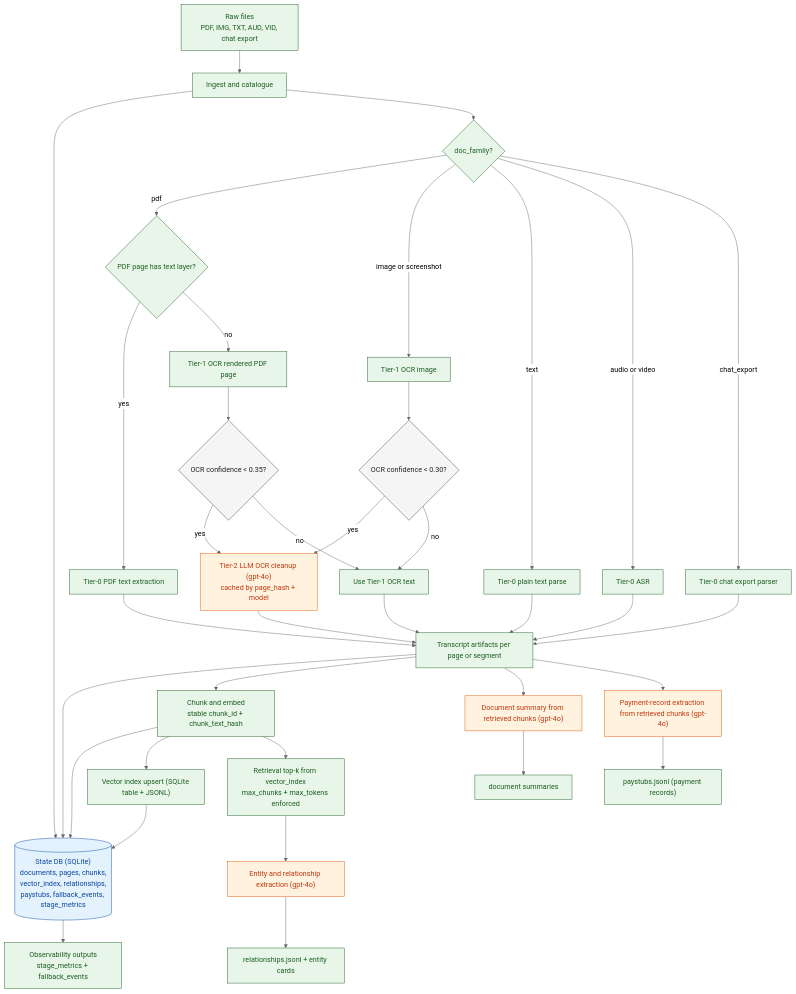
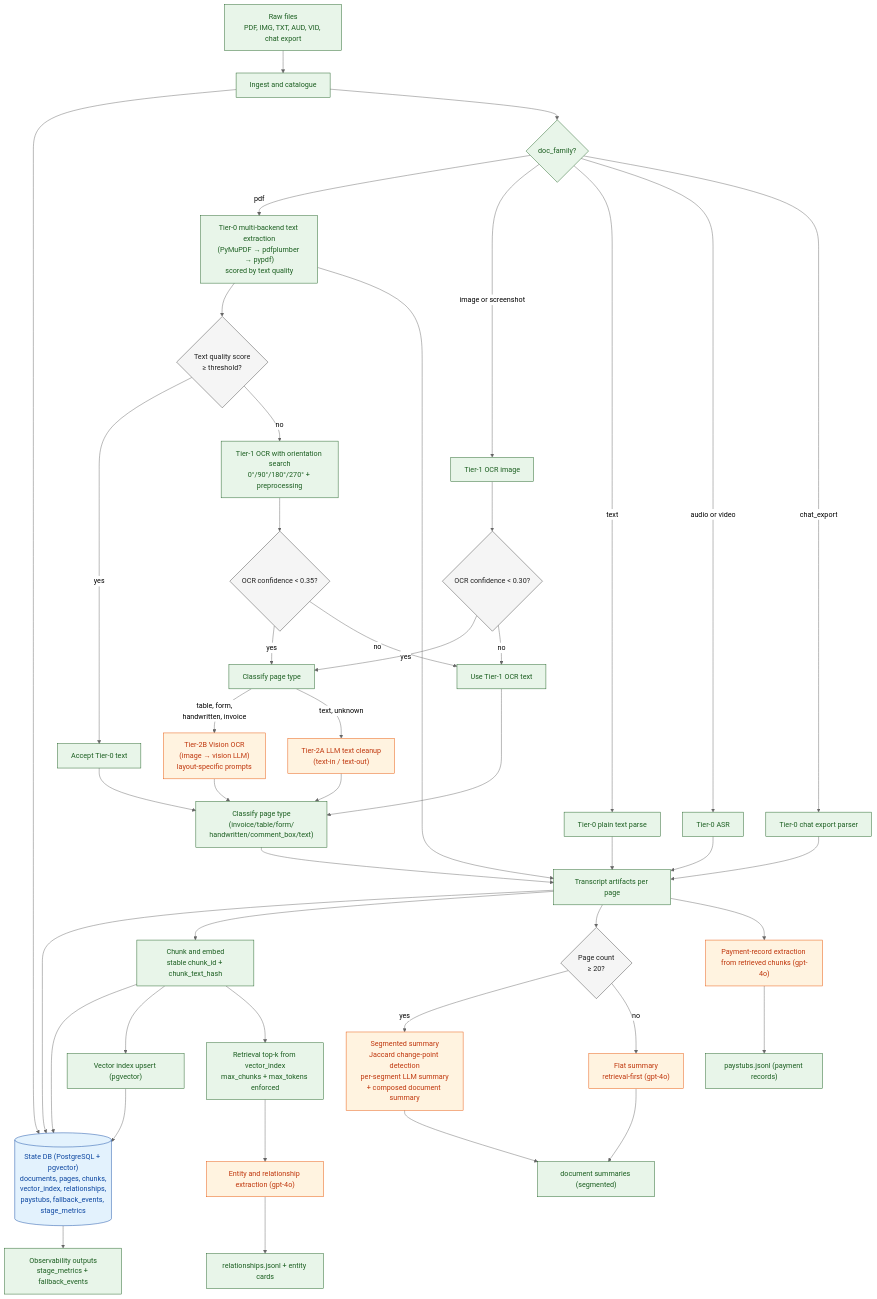
One commit to qu-genesis/agentic-parse changed the first of 2 diagrams in README.md. Above: the diagram before and after it, drawn with Mermaid (neutral theme). The commit also changed other lines of this file and 22 other files, not shown here.

````diff
--- a/README.md
+++ b/README.md
@@ -23,56 +27,70 @@
 ```mermaid
 flowchart TD
     A["Raw files<br/>PDF, IMG, TXT, AUD, VID, chat export"] --> B["Ingest and catalogue"]
-    B --> C[("State DB (SQLite)<br/>documents, pages, chunks,<br/>vector_index, relationships,<br/>paystubs, fallback_events, stage_metrics")]
+    B --> C[("State DB (PostgreSQL + pgvector)<br/>documents, pages, chunks,<br/>vector_index, relationships,<br/>paystubs, fallback_events, stage_metrics")]
 
     B --> D{"doc_family?"}
-    D -->|pdf| P0{"PDF page has text layer?"}
+    D -->|pdf| P0["Tier-0 multi-backend text extraction<br/>(PyMuPDF → pdfplumber → pypdf)<br/>scored by text quality"]
     D -->|image or screenshot| I0["Tier-1 OCR image"]
     D -->|text| T0["Tier-0 plain text parse"]
     D -->|audio or video| AV0["Tier-0 ASR"]
     D -->|chat_export| CH0["Tier-0 chat export parser"]
 
-    P0 -->|yes| P1["Tier-0 PDF text extraction"]
-    P0 -->|no| P2["Tier-1 OCR rendered PDF page"]
+    P0 --> PQ{"Text quality score<br/>≥ threshold?"}
+    PQ -->|yes| PT["Accept Tier-0 text"]
+    PQ -->|no| P2["Tier-1 OCR with orientation search<br/>0°/90°/180°/270° + preprocessing"]
 
     P2 --> P3{"OCR confidence < 0.35?"}
     I0 --> I1{"OCR confidence < 0.30?"}
-    P3 -->|yes| L1["Tier-2 LLM OCR cleanup (gpt-4o)<br/>cached by page_hash + model"]
-    I1 -->|yes| L1
+
+    P3 -->|yes| PC["Classify page type"]
+    I1 -->|yes| PC
+
+    PC -->|table, form,<br/>handwritten, invoice| L2["Tier-2B Vision OCR<br/>(image → vision LLM)<br/>layout-specific prompts"]
+    PC -->|text, unknown| L1["Tier-2A LLM text cleanup<br/>(text-in / text-out)"]
+
     P3 -->|no| X0["Use Tier-1 OCR text"]
     I1 -->|no| X0
 
-    P1 --> E["Transcript artifacts per page or segment"]
+    PT --> CL["Classify page type<br/>(invoice/table/form/<br/>handwritten/comment_box/text)"]
+    X0 --> CL
+    L1 --> CL
+    L2 --> CL
+
+    P0 --> E["Transcript artifacts per page"]
     T0 --> E
     AV0 --> E
     CH0 --> E
-    X0 --> E
-    L1 --> E
+    CL --> E
 
     E --> C
     E --> F["Chunk and embed<br/>stable chunk_id + chunk_text_hash"]
     F --> C
-    F --> V["Vector index upsert (SQLite table + JSONL)"]
+    F --> V["Vector index upsert (pgvector)"]
     V --> C
 
-    E --> S["Document summary from retrieved chunks (gpt-4o)"]
+    E --> SZ{"Page count<br/>≥ 20?"}
+    SZ -->|yes| SS["Segmented summary<br/>Jaccard change-point detection<br/>per-segment LLM summary<br/>+ composed document summary"]
+    SZ -->|no| SF["Flat summary<br/>retrieval-first (gpt-4o)"]
+
     F --> R["Retrieval top-k from vector_index<br/>max_chunks + max_tokens enforced"]
     R --> EN["Entity and relationship extraction (gpt-4o)"]
     E --> PAY["Payment-record extraction from retrieved chunks (gpt-4o)"]
 
     EN --> O1["relationships.jsonl + entity cards"]
     PAY --> O2["paystubs.jsonl (payment records)"]
-    S --> O3["document summaries"]
+    SS --> O3["document summaries (segmented)"]
+    SF --> O3
 
     C --> M["Observability outputs<br/>stage_metrics + fallback_events"]
 
     classDef det fill:#E8F5E9,stroke:#1B5E20,color:#1B5E20,stroke-width:1px;
     classDef llm fill:#FFF3E0,stroke:#E65100,color:#BF360C,stroke-width:1px;
     classDef state fill:#E3F2FD,stroke:#0D47A1,color:#0D47A1,stroke-width:1px;
     classDef decision fill:#F5F5F5,stroke:#424242,color:#212121,stroke-width:1px;
 
-    class A,B,D,P0,P1,P2,I0,T0,AV0,CH0,X0,E,F,V,R,O1,O2,O3,M det;
-    class L1,EN,S,PAY llm;
+    class A,B,D,P0,PT,P2,I0,T0,AV0,CH0,X0,CL,PC,E,F,V,R,O1,O2,O3,M det;
+    class L1,L2,EN,SS,SF,PAY llm;
     class C state;
-    class P3,I1 decision;
+    class PQ,P3,I1,SZ decision;
 ```
````
